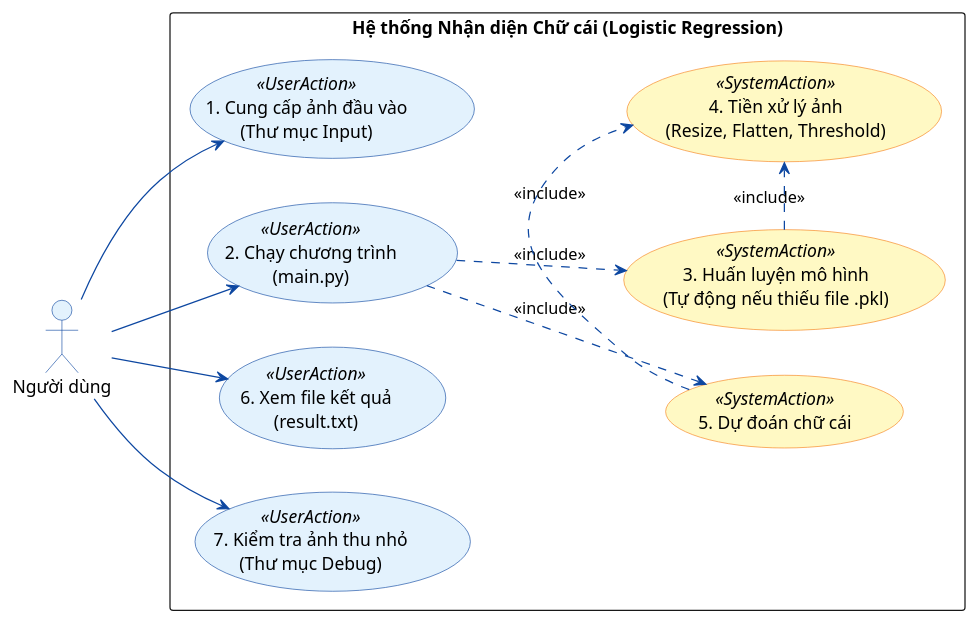
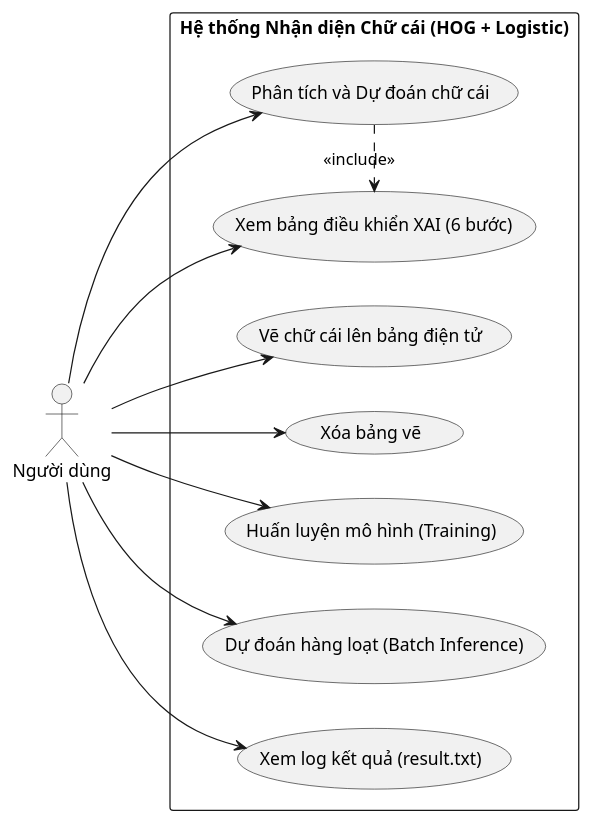
One commit to DucAnh1302/Alphabet-Recognition changed the diagram in Diagram/UseCaseDiagram.pu. Above: the diagram before and after it, drawn with PlantUML. The commit also changed 6 other files, not shown here.

Commit message:
Update Diagram

```diff
--- a/Diagram/UseCaseDiagram.pu
+++ b/Diagram/UseCaseDiagram.pu
@@ -1,44 +1,25 @@
-@startuml UseCaseDiagram
+@startuml Hệ thống chính Diagram
 left to right direction
 skinparam packageStyle rectangle
-skinparam defaultFontName Arial
-
-skinparam usecase {
-    BackgroundColor<<UserAction>> #E3F2FD
-    BorderColor<<UserAction>> #0D47A1
-    
-    BackgroundColor<<SystemAction>> #FFF9C4
-    BorderColor<<SystemAction>> #F57F17
-    
-    ArrowColor #0D47A1
-}
-
-skinparam actor {
-    BackgroundColor #E3F2FD
-    BorderColor #0D47A1
-}
-
 actor "Người dùng" as User
 
-rectangle "Hệ thống Nhận diện Chữ cái (Logistic Regression)" {
-    usecase "1. Cung cấp ảnh đầu vào\n(Thư mục Input)" as UC1 <<UserAction>>
-    usecase "2. Chạy chương trình\n(main.py)" as UC2 <<UserAction>>
-    
-    usecase "3. Huấn luyện mô hình\n(Tự động nếu thiếu file .pkl)" as UC3 <<SystemAction>>
-    usecase "4. Tiền xử lý ảnh\n(Resize, Flatten, Threshold)" as UC4 <<SystemAction>>
-    usecase "5. Dự đoán chữ cái" as UC5 <<SystemAction>>
-    
-    usecase "6. Xem file kết quả\n(result.txt)" as UC6 <<UserAction>>
-    usecase "7. Kiểm tra ảnh thu nhỏ\n(Thư mục Debug)" as UC7 <<UserAction>>
-    
-    UC2 .down.> UC3 : <<include>>
-    UC2 .down.> UC5 : <<include>>
-    UC5 .right.> UC4 : <<include>>
-    UC3 .right.> UC4 : <<include>>
+rectangle "Hệ thống Nhận diện Chữ cái (HOG + Logistic)" {
+  usecase "Vẽ chữ cái lên bảng điện tử" as UC1
+  usecase "Phân tích và Dự đoán chữ cái" as UC2
+  usecase "Xem bảng điều khiển XAI (6 bước)" as UC3
+  usecase "Xóa bảng vẽ" as UC4
+  usecase "Huấn luyện mô hình (Training)" as UC5
+  usecase "Dự đoán hàng loạt (Batch Inference)" as UC6
+  usecase "Xem log kết quả (result.txt)" as UC7
 }
 
 User --> UC1
 User --> UC2
+User --> UC3
+User --> UC4
+User --> UC5
 User --> UC6
 User --> UC7
+
+UC2 .> UC3 : <<include>>
 @enduml
```
